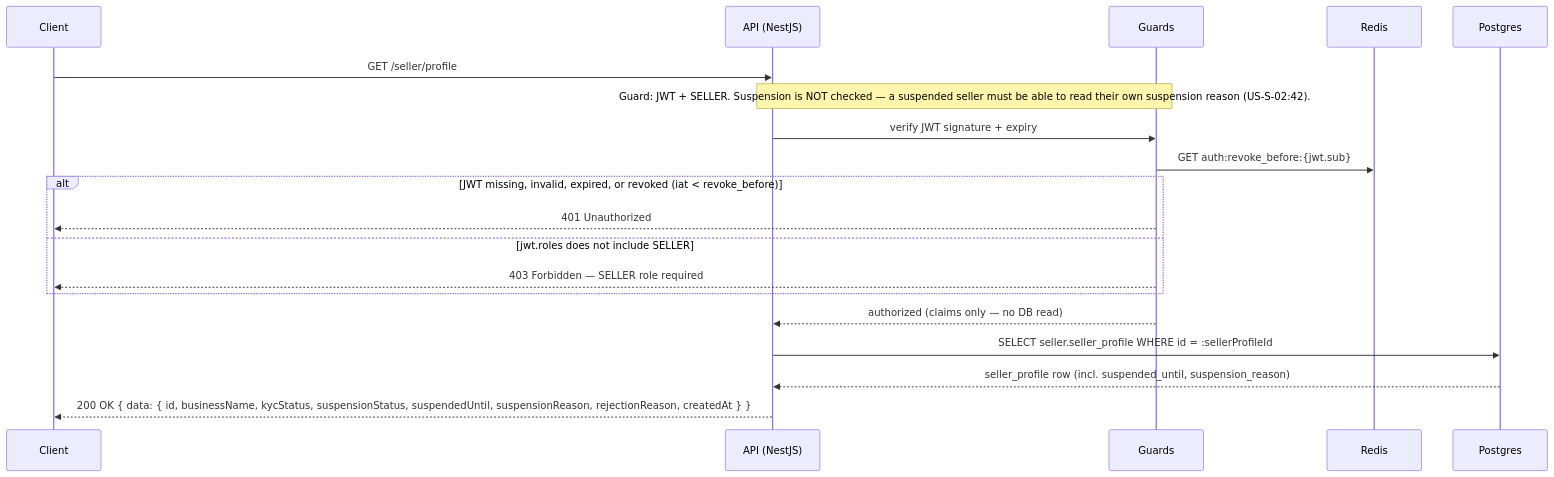
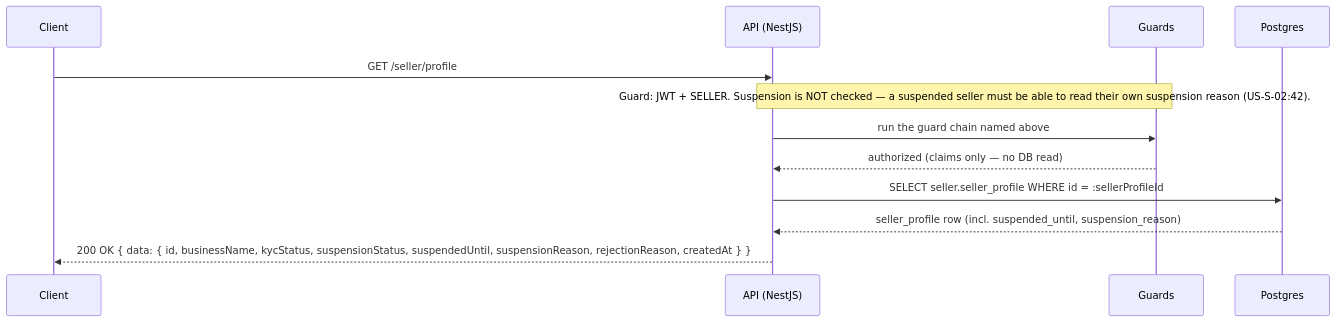
The third of 23 diagrams in phase-1/technical-design/api-design/seller.md (alisa-uthi/aliceut-ecom-document), drawn with Mermaid before and after one commit. The commit also changed other lines of this file and 53 other files, not shown here.

````diff
--- a/phase-1/technical-design/api-design/seller.md
+++ b/phase-1/technical-design/api-design/seller.md
@@ -369,24 +373,17 @@
 ```mermaid
 sequenceDiagram
     participant C as Client
     participant A as API (NestJS)
     participant G as Guards
-    participant R as Redis
     participant P as Postgres
 
     C->>A: GET /seller/profile
     Note over A,G: Guard: JWT + SELLER. Suspension is NOT checked — a suspended seller must be able to read their own suspension reason (US-S-02:42).
-    A->>G: verify JWT signature + expiry
-    G->>R: GET auth:revoke_before:{jwt.sub}
-    alt JWT missing, invalid, expired, or revoked (iat < revoke_before)
-        G-->>C: 401 Unauthorized
-    else jwt.roles does not include SELLER
-        G-->>C: 403 Forbidden — SELLER role required
-    end
+    A->>G: run the guard chain named above
     G-->>A: authorized (claims only — no DB read)
 
     A->>P: SELECT seller.seller_profile WHERE id = :sellerProfileId
     P-->>A: seller_profile row (incl. suspended_until, suspension_reason)
 
     A-->>C: 200 OK { data: { id, businessName, kycStatus, suspensionStatus, suspendedUntil, suspensionReason, rejectionReason, createdAt } }
 ```
````
